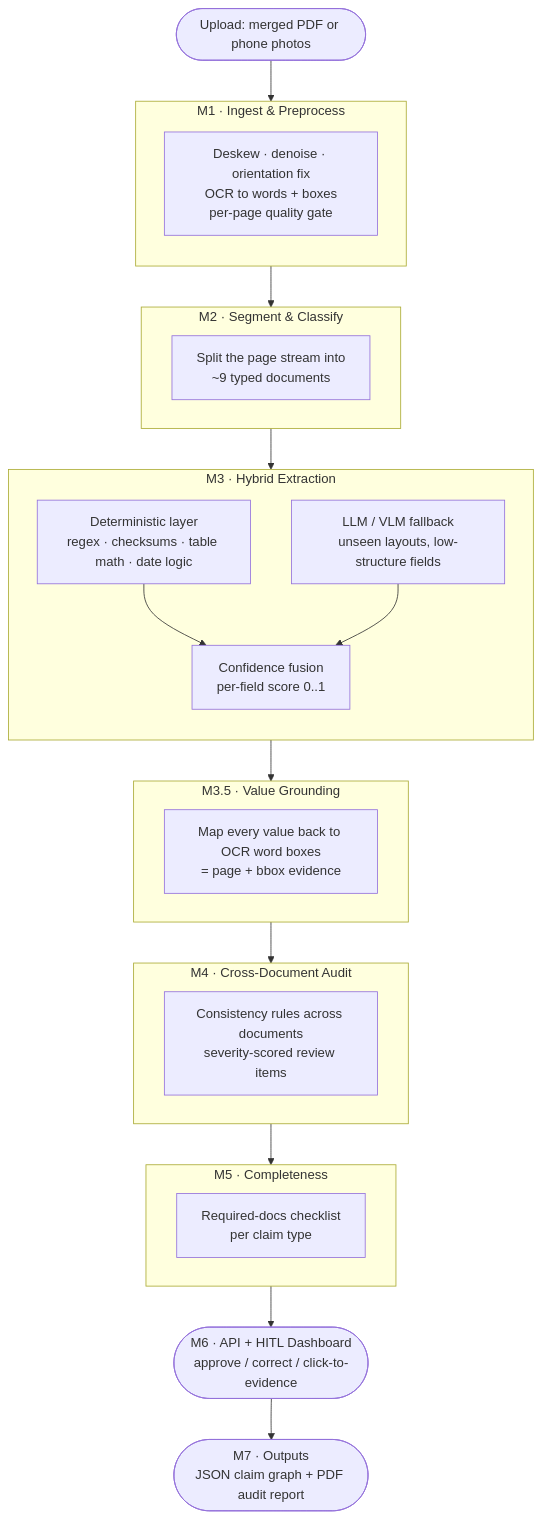
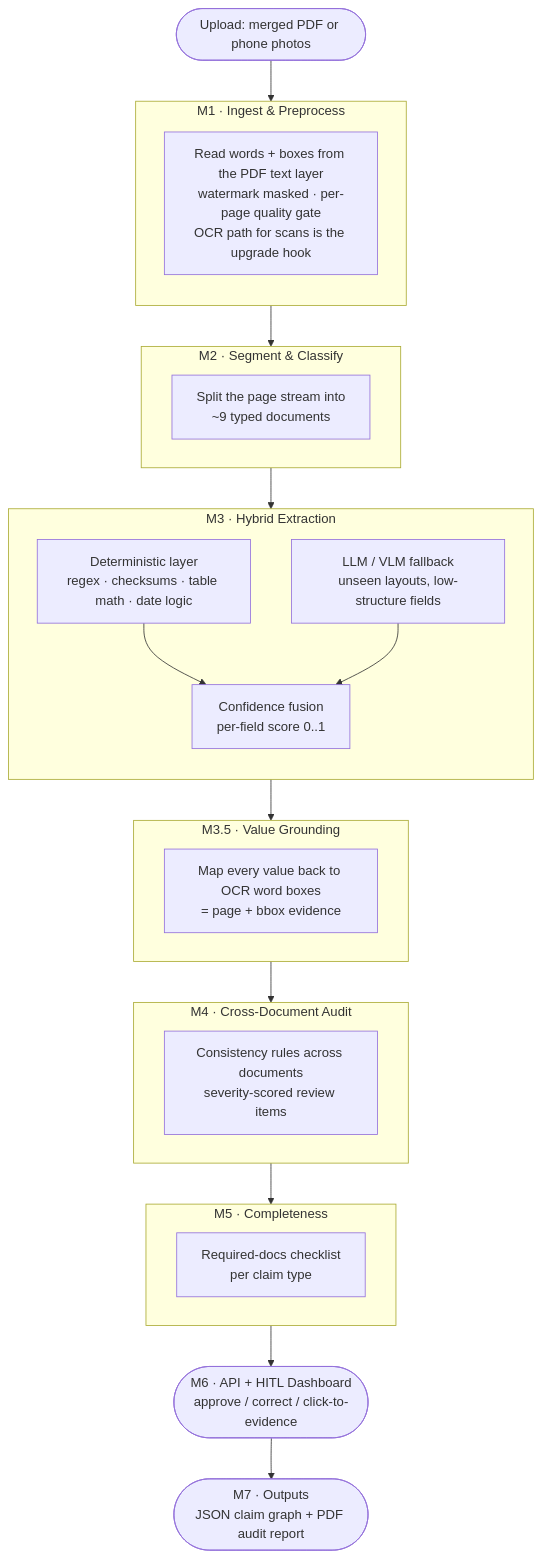
One commit to Kunal-Srivastava1911/Mediproof changed the first of 2 diagrams in README.md. Above: the diagram before and after it, drawn with Mermaid. The commit also changed other lines of this file and 8 other files, not shown here.

````diff
--- a/README.md
+++ b/README.md
@@ -41,40 +42,40 @@
 ```mermaid
 flowchart TD
     A([Upload: merged PDF or phone photos]) --> M1
 
     subgraph M1 [M1 · Ingest &amp; Preprocess]
         direction TB
-        B[Deskew · denoise · orientation fix<br/>OCR to words + boxes<br/>per-page quality gate]
+        B[Read words + boxes from the PDF text layer<br/>watermark masked · per-page quality gate<br/>OCR path for scans is the upgrade hook]
     end
 
     subgraph M2 [M2 · Segment &amp; Classify]
         C[Split the page stream into<br/>~9 typed documents]
     end
 
     subgraph M3 [M3 · Hybrid Extraction]
         direction TB
         D1[Deterministic layer<br/>regex · checksums · table math · date logic]
         D2[LLM / VLM fallback<br/>unseen layouts, low-structure fields]
         FUSE[Confidence fusion<br/>per-field score 0..1]
         D1 --> FUSE
         D2 --> FUSE
     end
 
     subgraph M35 [M3.5 · Value Grounding]
         E[Map every value back to OCR word boxes<br/>= page + bbox evidence]
     end
 
     subgraph M4 [M4 · Cross-Document Audit]
         F[Consistency rules across documents<br/>severity-scored review items]
     end
 
     subgraph M5 [M5 · Completeness]
         G[Required-docs checklist<br/>per claim type]
     end
 
     H([M6 · API + HITL Dashboard<br/>approve / correct / click-to-evidence]) 
     I([M7 · Outputs<br/>JSON claim graph + PDF audit report])
 
     M1 --> M2 --> M3
     FUSE --> M35 --> M4 --> M5 --> H --> I
 ```
````
